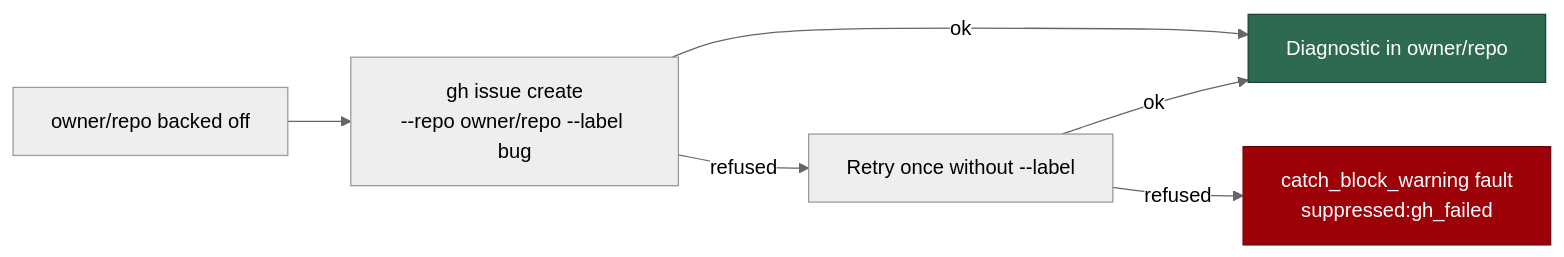
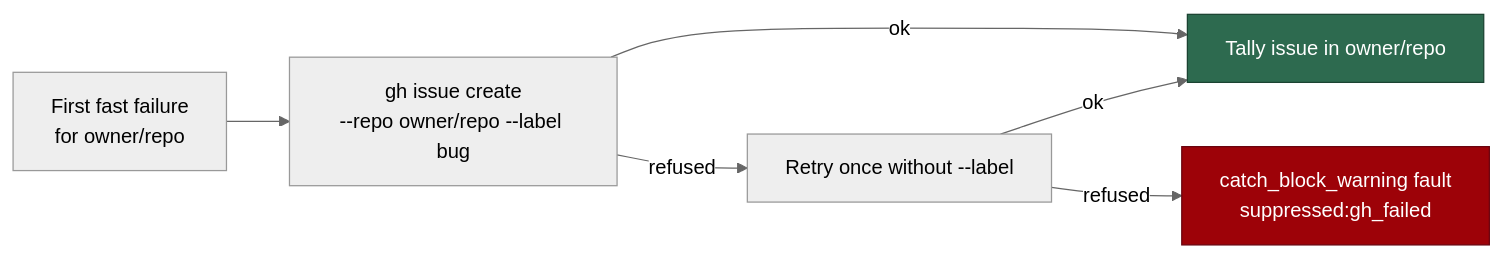
Before and after one commit to stSoftwareAU/VibeCoder: diagram 11 of 27 in docs/CONFIGURATION.md, drawn with Mermaid (neutral theme). The commit also changed other lines of this file and 3 other files, not shown here.

````diff
--- a/docs/CONFIGURATION.md
+++ b/docs/CONFIGURATION.md
@@ -2155,10 +2180,10 @@
   ```mermaid
   flowchart LR
-      F["owner/repo backed off"] --> C["gh issue create<br/>--repo owner/repo --label bug"]
-      C -->|ok| D["Diagnostic in owner/repo"]
+      F["First fast failure<br/>for owner/repo"] --> C["gh issue create<br/>--repo owner/repo --label bug"]
+      C -->|ok| D["Tally issue in owner/repo"]
       C -->|refused| R["Retry once without --label"]
       R -->|ok| D
       R -->|refused| W["catch_block_warning fault<br/>suppressed:gh_failed"]
       style D fill:#2d6a4f,stroke:#1b4332,color:#fff
       style W fill:#9d0208,stroke:#6a040f,color:#fff
   ```
````
